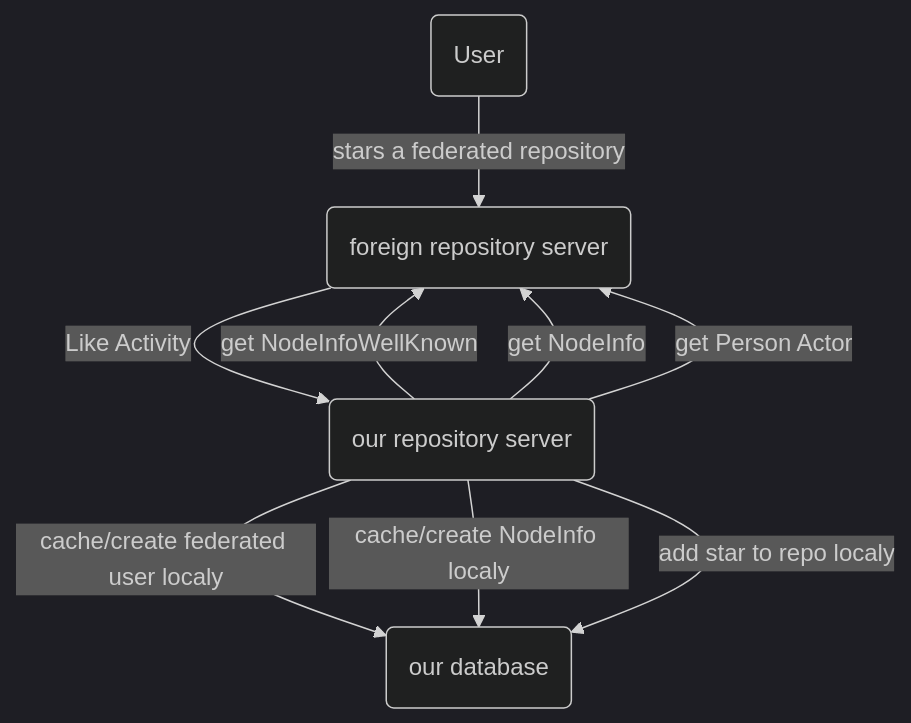
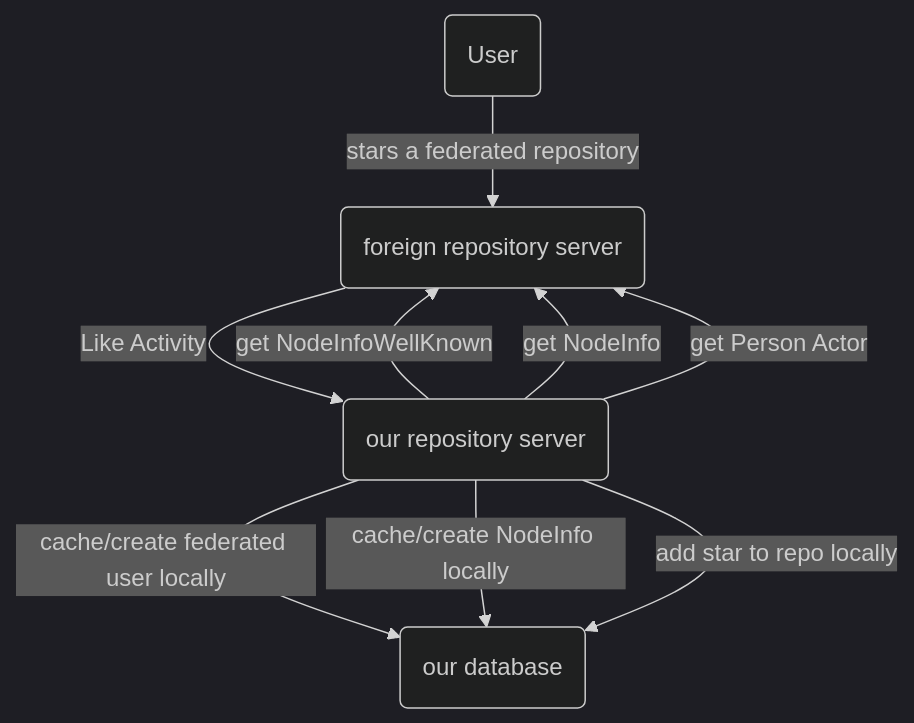
Before and after one commit to yonasBSD/forgejo: the second of 2 diagrams in docs/unsure-where-to-put/threat_analysis_star_activity.md, drawn with Mermaid (dark theme). The commit also changed other lines of this file and 1 other file, not shown here.

````diff
--- a/docs/unsure-where-to-put/threat_analysis_star_activity.md
+++ b/docs/unsure-where-to-put/threat_analysis_star_activity.md
@@ -76,11 +76,11 @@
 ```mermaid
 flowchart TD
     A(User) --> |stars a federated repository| B(foreign repository server)
     B --> |Like Activity| C(our repository server)
     C --> |get NodeInfoWellKnown| B
     C --> |get NodeInfo| B
     C --> |get Person Actor| B
-    C --> |cache/create federated user localy| D(our database)
-    C --> |cache/create NodeInfo localy| D(our database)
-    C --> |add star to repo localy| D    
+    C --> |cache/create federated user locally| D(our database)
+    C --> |cache/create NodeInfo locally| D(our database)
+    C --> |add star to repo locally| D    
 ```
````
